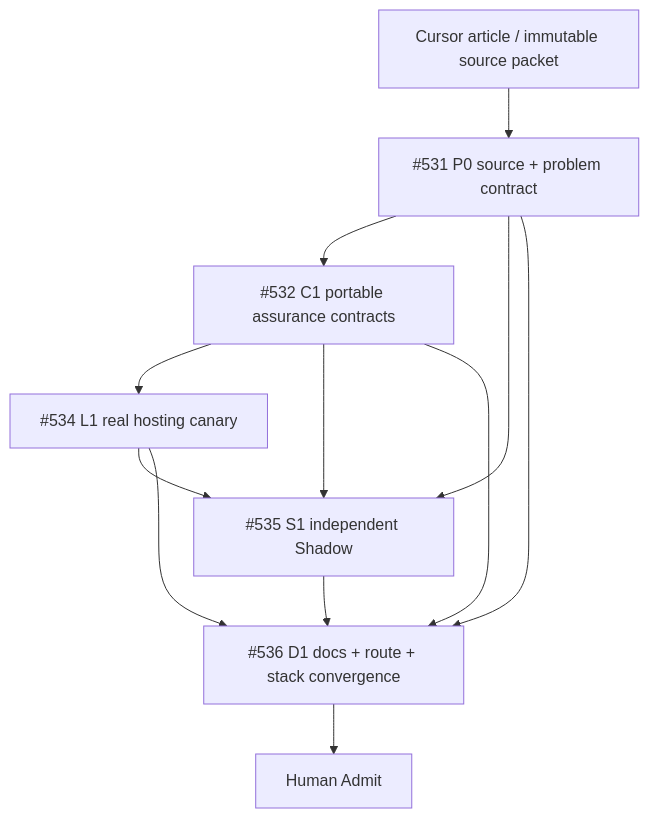
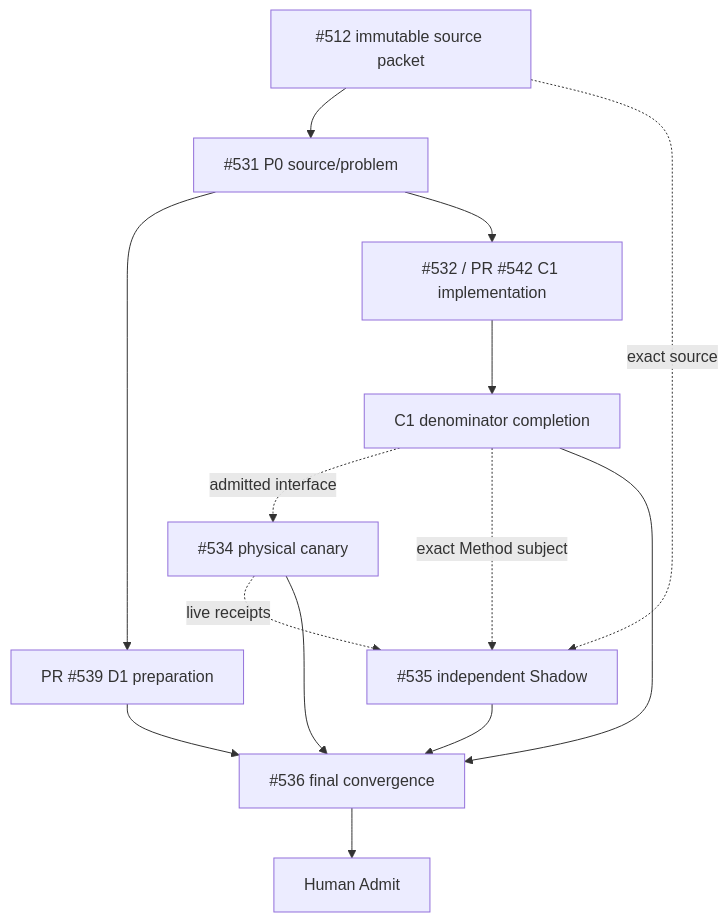
The second of 2 diagrams in docs/traceability/git-at-any-scale/README.md (ed3c/skills-shared), drawn with Mermaid before and after one commit. The commit also changed other lines of this file, not shown here.

Commit message:
docs(git-scale): reconcile implementation and admission checkpoint

````diff
--- a/docs/traceability/git-at-any-scale/README.md
+++ b/docs/traceability/git-at-any-scale/README.md
@@ -69,14 +96,16 @@
 ```mermaid
 flowchart TD
-    SRC[Cursor article / immutable source packet] --> P0[#531 P0 source + problem contract]
-    P0 --> C1[#532 C1 portable assurance contracts]
-    C1 --> L1[#534 L1 real hosting canary]
-    P0 --> S1[#535 S1 independent Shadow]
-    C1 --> S1
-    L1 --> S1
-    P0 --> D1[#536 D1 docs + route + stack convergence]
-    C1 --> D1
+    SRC[#512 immutable source packet] --> P0[#531 P0 source/problem]
+    P0 --> PREP[PR #539 D1 preparation]
+    P0 --> C1[#532 / PR #542 C1 implementation]
+    C1 --> GAP[C1 denominator completion]
+    GAP -. admitted interface .-> L1[#534 physical canary]
+    SRC -. exact source .-> S1[#535 independent Shadow]
+    GAP -. exact Method subject .-> S1
+    L1 -. live receipts .-> S1
+    PREP --> D1[#536 final convergence]
+    GAP --> D1
     L1 --> D1
     S1 --> D1
     D1 --> H[Human Admit]
 ```
````
